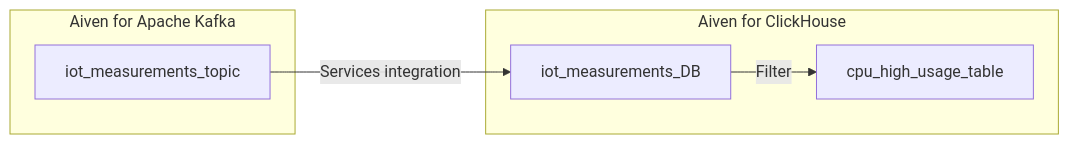
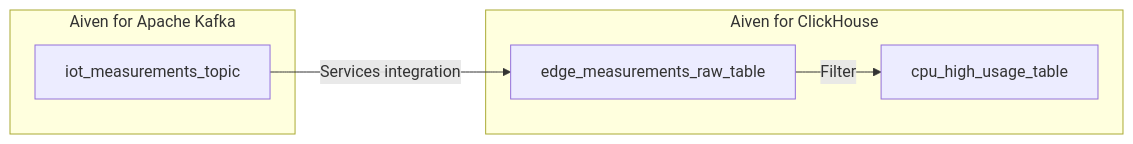
Before and after one commit to aiven/devportal: the diagram in docs/tools/terraform/reference/cookbook/kafka-clickhouse-integration-recipe.rst, drawn with Mermaid.

Commit message:
more fixes to the names in the diagram

```diff
--- a/docs/tools/terraform/reference/cookbook/kafka-clickhouse-integration-recipe.rst
+++ b/docs/tools/terraform/reference/cookbook/kafka-clickhouse-integration-recipe.rst
@@ -22,10 +22,10 @@
 .. mermaid::
 
    flowchart LR
       subgraph Aiven for Apache Kafka
       iot_measurements_topic
       end
       subgraph Aiven for ClickHouse
-      iot_measurements_topic-->|Services integration|iot_measurements_DB
-      iot_measurements_DB-->|Filter|cpu_high_usage_table
+      iot_measurements_topic-->|Services integration|edge_measurements_raw_table
+      edge_measurements_raw_table-->|Filter|cpu_high_usage_table
       end
```
